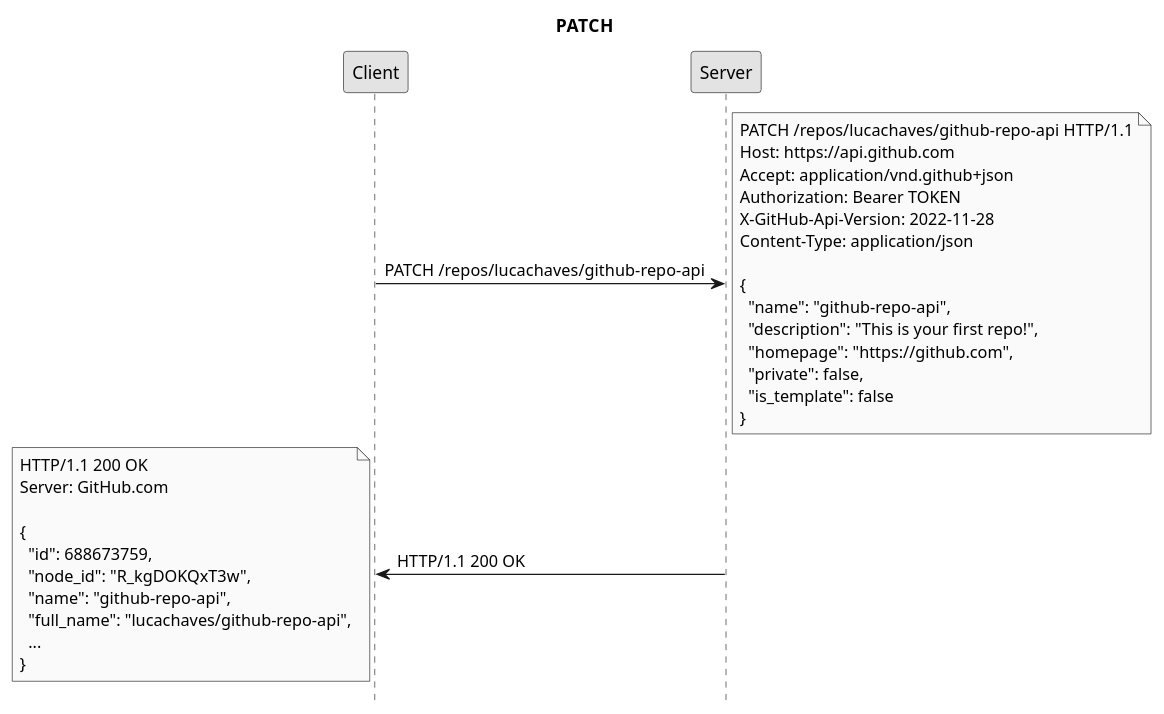
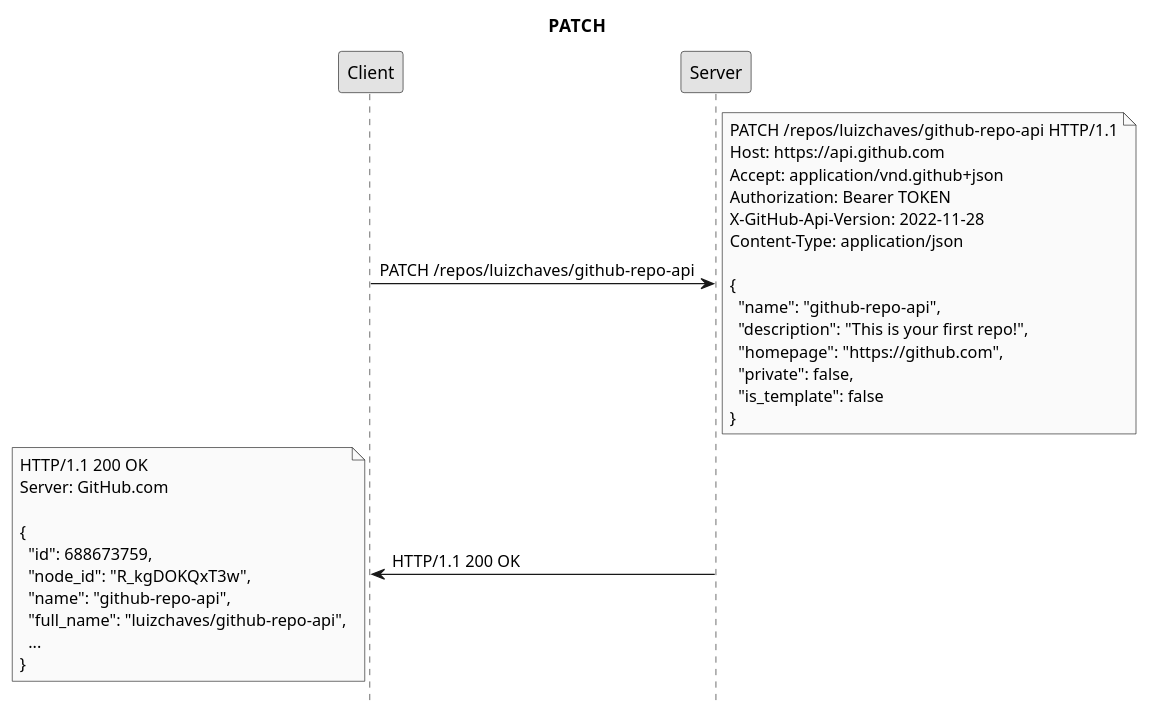
Before and after one commit to ifpb/ls: the diagram in public/imgs/api/rest/github-patch-repository.pu, drawn with PlantUML. The commit also changed 13 other files, not shown here.

```diff
--- a/public/imgs/api/rest/github-patch-repository.pu
+++ b/public/imgs/api/rest/github-patch-repository.pu
@@ -1,10 +1,10 @@
 @startuml
 title PATCH
 hide footbox
 skinparam monochrome true
 
-Client -> Server: PATCH /repos/lucachaves/github-repo-api
-note right: PATCH /repos/lucachaves/github-repo-api HTTP/1.1\nHost: https://api.github.com\nAccept: application/vnd.github+json\nAuthorization: Bearer TOKEN\nX-GitHub-Api-Version: 2022-11-28\nContent-Type: application/json\n\n{\n  "name": "github-repo-api",\n  "description": "This is your first repo!",\n  "homepage": "https://github.com",\n  "private": false,\n  "is_template": false\n}
+Client -> Server: PATCH /repos/luizchaves/github-repo-api
+note right: PATCH /repos/luizchaves/github-repo-api HTTP/1.1\nHost: https://api.github.com\nAccept: application/vnd.github+json\nAuthorization: Bearer TOKEN\nX-GitHub-Api-Version: 2022-11-28\nContent-Type: application/json\n\n{\n  "name": "github-repo-api",\n  "description": "This is your first repo!",\n  "homepage": "https://github.com",\n  "private": false,\n  "is_template": false\n}
 Server -> Client: HTTP/1.1 200 OK
-note left: HTTP/1.1 200 OK\nServer: GitHub.com\n\n{\n  "id": 688673759,\n  "node_id": "R_kgDOKQxT3w",\n  "name": "github-repo-api",\n  "full_name": "lucachaves/github-repo-api",\n  ...\n}
+note left: HTTP/1.1 200 OK\nServer: GitHub.com\n\n{\n  "id": 688673759,\n  "node_id": "R_kgDOKQxT3w",\n  "name": "github-repo-api",\n  "full_name": "luizchaves/github-repo-api",\n  ...\n}
 @enduml
```
